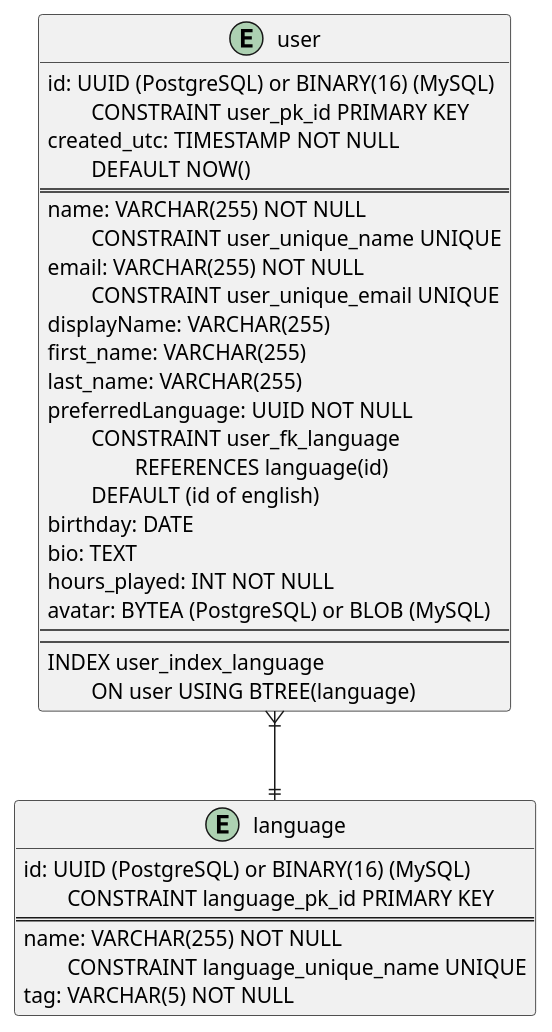
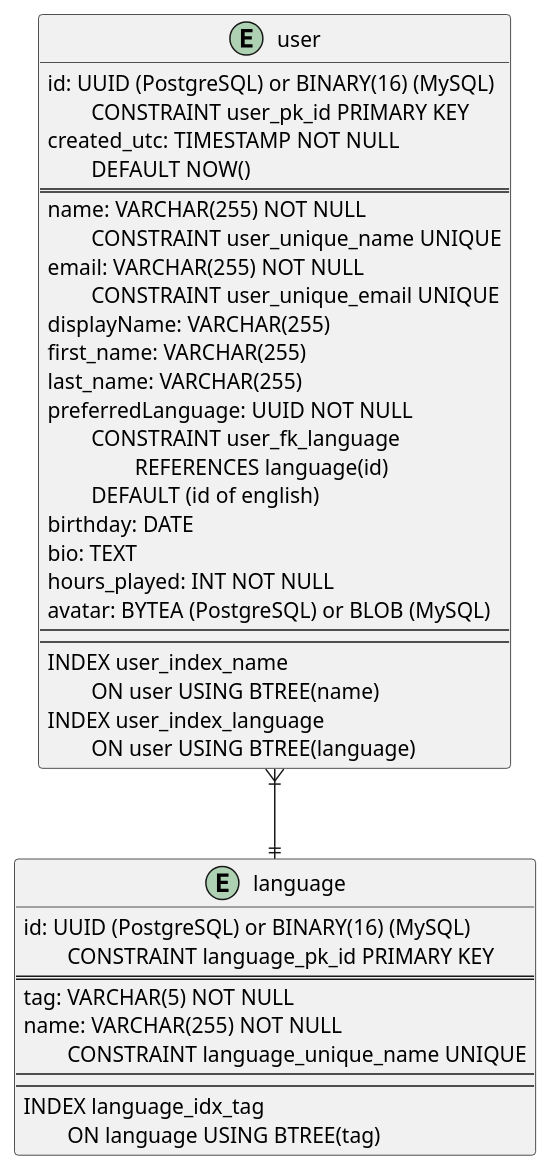
Before and after one commit to turing85/untitled-rpg-webapp: the diagram in doc/datamodel/ERD.puml, drawn with PlantUML.

Commit message:
[#RPG-1 data model documentation]:
- Added indices for global identifier columns

```diff
--- a/doc/datamodel/ERD.puml
+++ b/doc/datamodel/ERD.puml
@@ -1,41 +1,47 @@
 @startuml
 
 entity user {
     id: UUID (PostgreSQL) or BINARY(16) (MySQL)
     \tCONSTRAINT user_pk_id PRIMARY KEY
     created_utc: TIMESTAMP NOT NULL
     \tDEFAULT NOW()
     ==
     name: VARCHAR(255) NOT NULL
     \tCONSTRAINT user_unique_name UNIQUE
     email: VARCHAR(255) NOT NULL
     \tCONSTRAINT user_unique_email UNIQUE
     displayName: VARCHAR(255)
     first_name: VARCHAR(255)
     last_name: VARCHAR(255)
     preferredLanguage: UUID NOT NULL
     \tCONSTRAINT user_fk_language
     \t\tREFERENCES language(id)
     \tDEFAULT (id of english)
     birthday: DATE
     bio: TEXT
     hours_played: INT NOT NULL
     avatar: BYTEA (PostgreSQL) or BLOB (MySQL)
     ---
     ---
+    INDEX user_index_name
+    \tON user USING BTREE(name)
     INDEX user_index_language
     \tON user USING BTREE(language)
 }
 
 entity language {
     id: UUID (PostgreSQL) or BINARY(16) (MySQL)
     \tCONSTRAINT language_pk_id PRIMARY KEY
     ==
+    tag: VARCHAR(5) NOT NULL
     name: VARCHAR(255) NOT NULL
     \tCONSTRAINT language_unique_name UNIQUE
-    tag: VARCHAR(5) NOT NULL
+    ---
+    ---
+    INDEX language_idx_tag
+    \tON language USING BTREE(tag)
 }
 
 user }|--|| language
 
 @enduml
```
